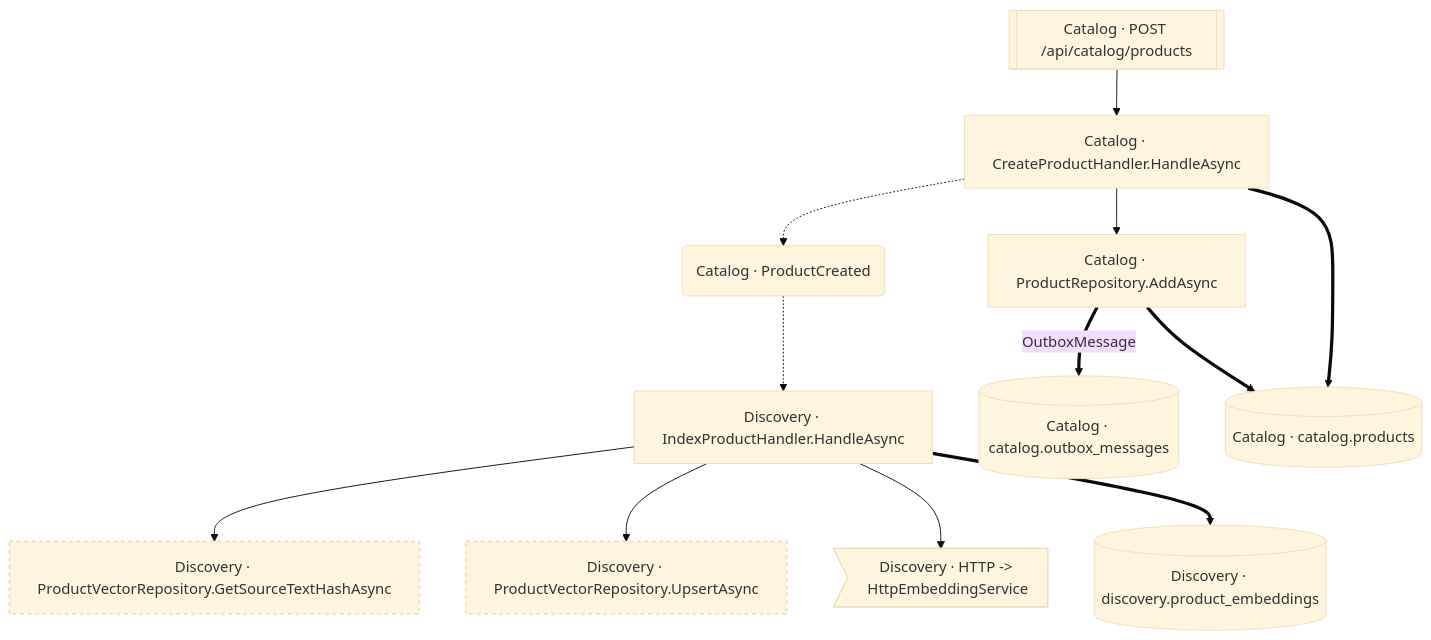
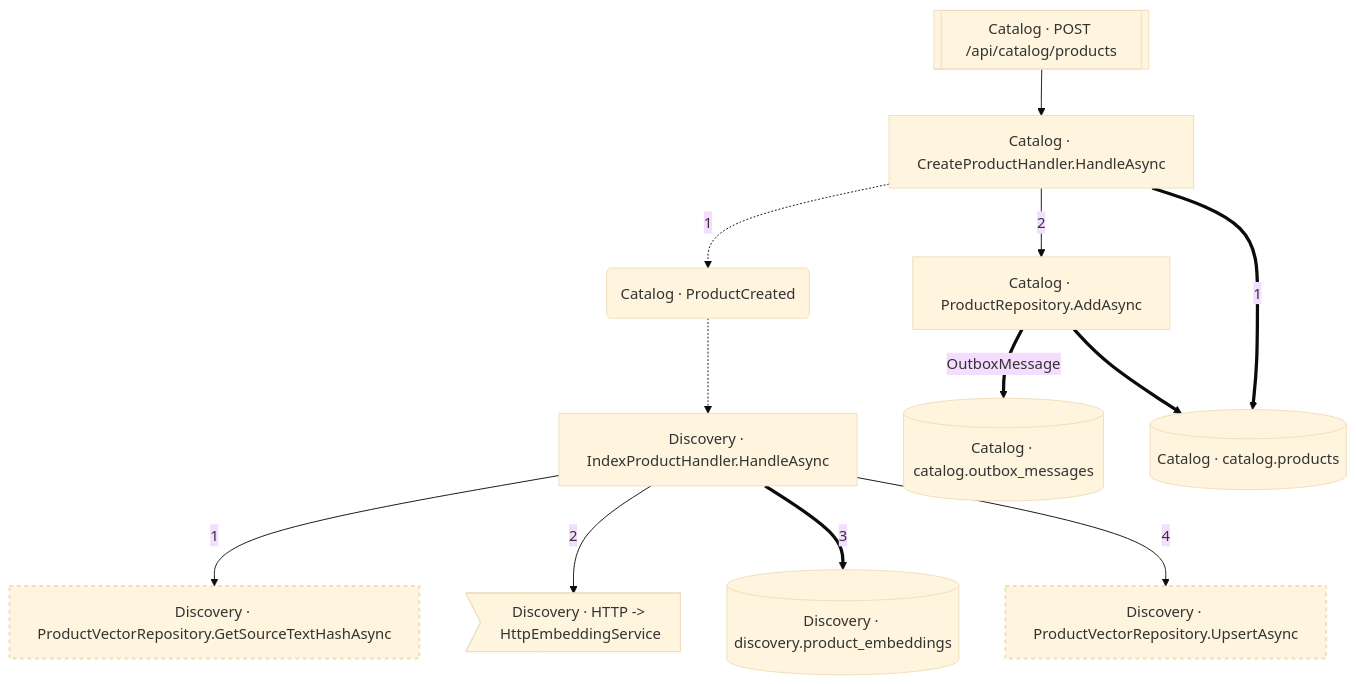
One commit to onurnafiguzel/FlowLens changed the diagram in out/flows/post-api-catalog-products.md. Above: the diagram before and after it, drawn with Mermaid (base theme). The commit also changed other lines of this file and 28 other files, not shown here.

Commit message:
feat(graph): record call sites on CALLS edges and feat(docs): order sibling edges by source position, number call sites and docs: regenerate site with source-ordered flow diagrams

````diff
--- a/out/flows/post-api-catalog-products.md
+++ b/out/flows/post-api-catalog-products.md
@@ -7,29 +7,29 @@
 ```mermaid
 flowchart TD
   n0["Catalog · CreateProductHandler.HandleAsync"]
   n1["Catalog · ProductRepository.AddAsync"]
   n2["Discovery · IndexProductHandler.HandleAsync"]
   n3["Discovery · ProductVectorRepository.GetSourceTextHashAsync"]
   n4["Discovery · ProductVectorRepository.UpsertAsync"]
   n5[["Catalog · POST /api/catalog/products"]]
   n6("Catalog · ProductCreated")
   n7>"Discovery · HTTP -&gt; HttpEmbeddingService"]
   n8[("Catalog · catalog.outbox_messages")]
   n9[("Catalog · catalog.products")]
   n10[("Discovery · discovery.product_embeddings")]
 
-  n0 --> n1
-  n0 -.-> n6
-  n0 ==> n9
+  n0 -.->|"1"| n6
+  n0 ==>|"1"| n9
+  n0 -->|"2"| n1
   n1 ==>|"OutboxMessage"| n8
   n1 ==> n9
-  n2 --> n3
-  n2 --> n4
-  n2 --> n7
-  n2 ==> n10
+  n2 -->|"1"| n3
+  n2 -->|"2"| n7
+  n2 ==>|"3"| n10
+  n2 -->|"4"| n4
   n5 --> n0
   n6 -.-> n2
 
   classDef unseen stroke-dasharray: 4 4,stroke-width:2px
   class n3,n4 unseen
 ```
````
